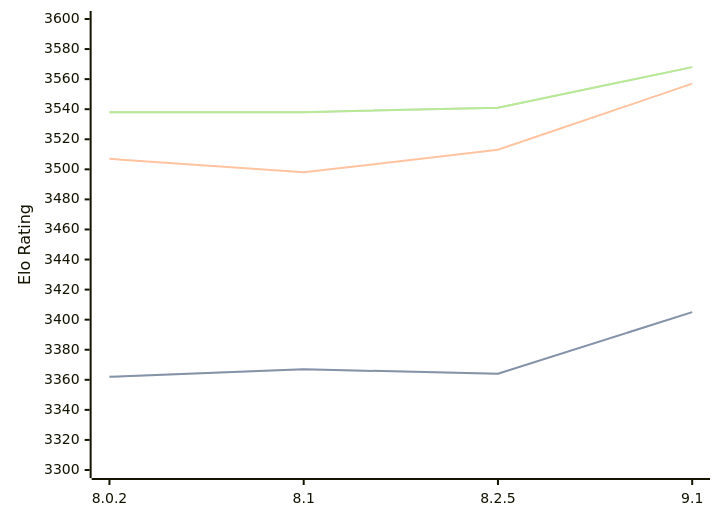
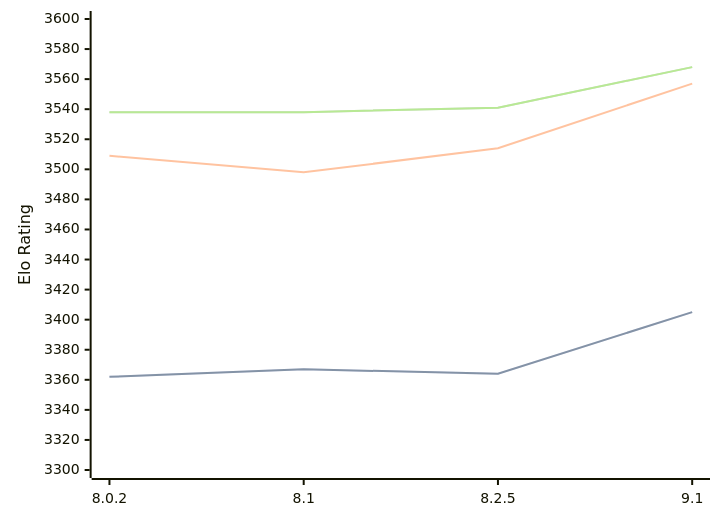
One commit to computer-chess-index/cci changed the diagram in engines/Clover.md. Above: the diagram before and after it, drawn with Mermaid. The commit also changed other lines of this file, not shown here.

````diff
--- a/engines/Clover.md
+++ b/engines/Clover.md
@@ -64,11 +64,11 @@
 ```mermaid
 %%{init: {"theme":"base","themeVariables":{"seriesColors:['#a3a3a3','#222221','#faa371']}}}%%
 xychart-beta
   x-axis ["8.0.2", "8.1", "8.2.5", "9.1"]
   y-axis "Elo Rating" 3300 --> 3600
   line "STC (8.0+0.08s)" [3362, 3367, 3364, 3405]
   line "STC (8.0+0.08s)" [3362, 3367, 3364, 3405]
-  line "LTC (60.0+0.60s)" [3507, 3498, 3513, 3557]
+  line "LTC (60.0+0.60s)" [3509, 3498, 3514, 3557]
   line "VLTC (2m24s+1.12s)" [3538, 3538, 3541, 3568]
   line "VLTC (2m24s+1.12s)" [3538, 3538, 3541, 3568]
 ```
````
